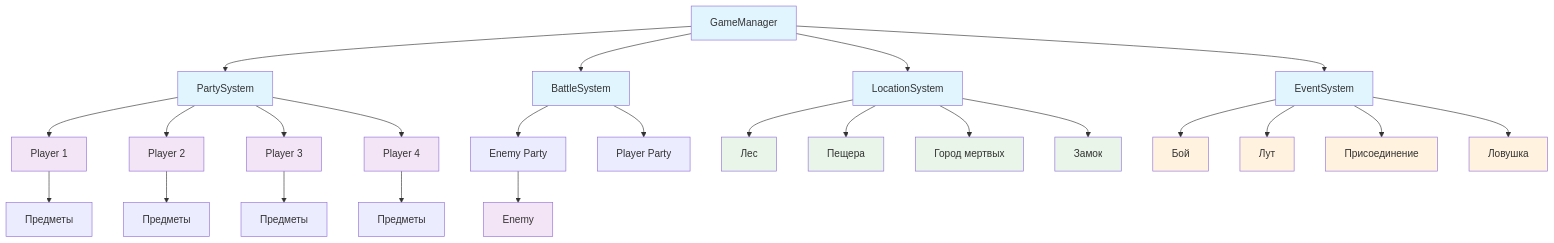
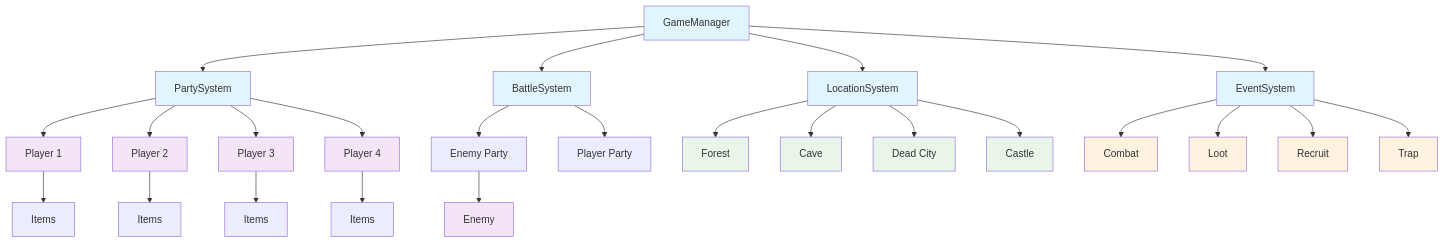
Before and after one commit to ewsdrfgh767yuyu/UNI.CourseWork.Private.Game-The-Hunter-s-Path-: the diagram in architecture_design.md, drawn with Mermaid. The commit also changed other lines of this file and 18 other files, not shown here.

````diff
--- a/architecture_design.md
+++ b/architecture_design.md
@@ -159,42 +159,42 @@
 ```mermaid
 graph TB
     GM[GameManager] --> PS[PartySystem]
     GM --> BS[BattleSystem]
     GM --> LS[LocationSystem]
     GM --> ES[EventSystem]
-    
+
     PS --> P1[Player 1]
     PS --> P2[Player 2]
     PS --> P3[Player 3]
     PS --> P4[Player 4]
-    
+
     BS --> EP[Enemy Party]
     BS --> PP[Player Party]
-    
-    LS --> L1[Лес]
-    LS --> L2[Пещера]
-    LS --> L3[Город мертвых]
-    LS --> L4[Замок]
-    
-    ES --> E1[Бой]
-    ES --> E2[Лут]
-    ES --> E3[Присоединение]
-    ES --> E4[Ловушка]
-    
-    P1 --> I1[Предметы]
-    P2 --> I2[Предметы]
-    P3 --> I3[Предметы]
-    P4 --> I4[Предметы]
-    
+
+    LS --> L1[Forest]
+    LS --> L2[Cave]
+    LS --> L3[Dead City]
+    LS --> L4[Castle]
+
+    ES --> E1[Combat]
+    ES --> E2[Loot]
+    ES --> E3[Recruit]
+    ES --> E4[Trap]
+
+    P1 --> I1[Items]
+    P2 --> I2[Items]
+    P3 --> I3[Items]
+    P4 --> I4[Items]
+
     EP --> E[Enemy]
-    
+
     classDef system fill:#e1f5fe
     classDef entity fill:#f3e5f5
     classDef location fill:#e8f5e8
     classDef event fill:#fff3e0
-    
+
     class GM,PS,BS,LS,ES system
     class P1,P2,P3,P4,E entity
     class L1,L2,L3,L4 location
     class E1,E2,E3,E4 event
 ```
````
